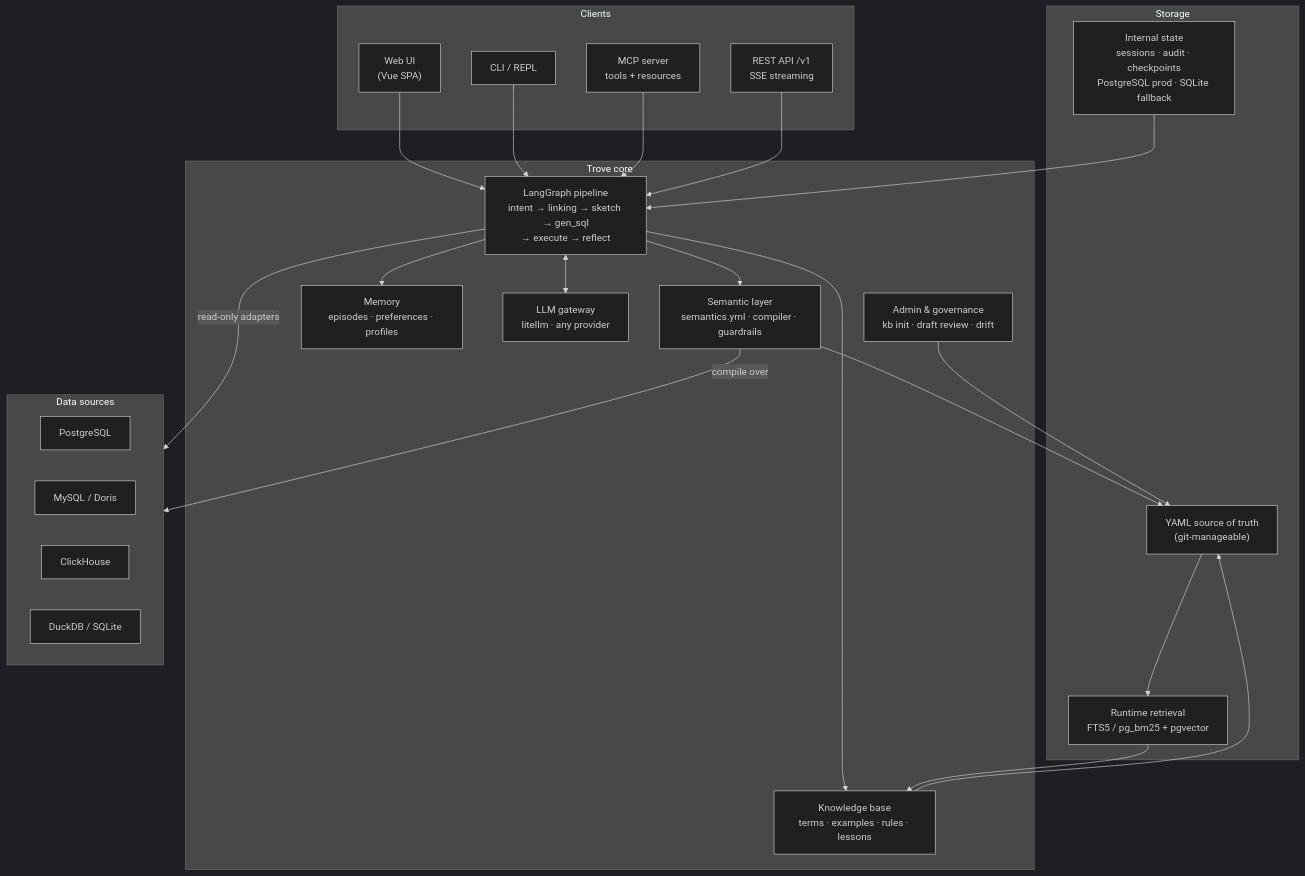
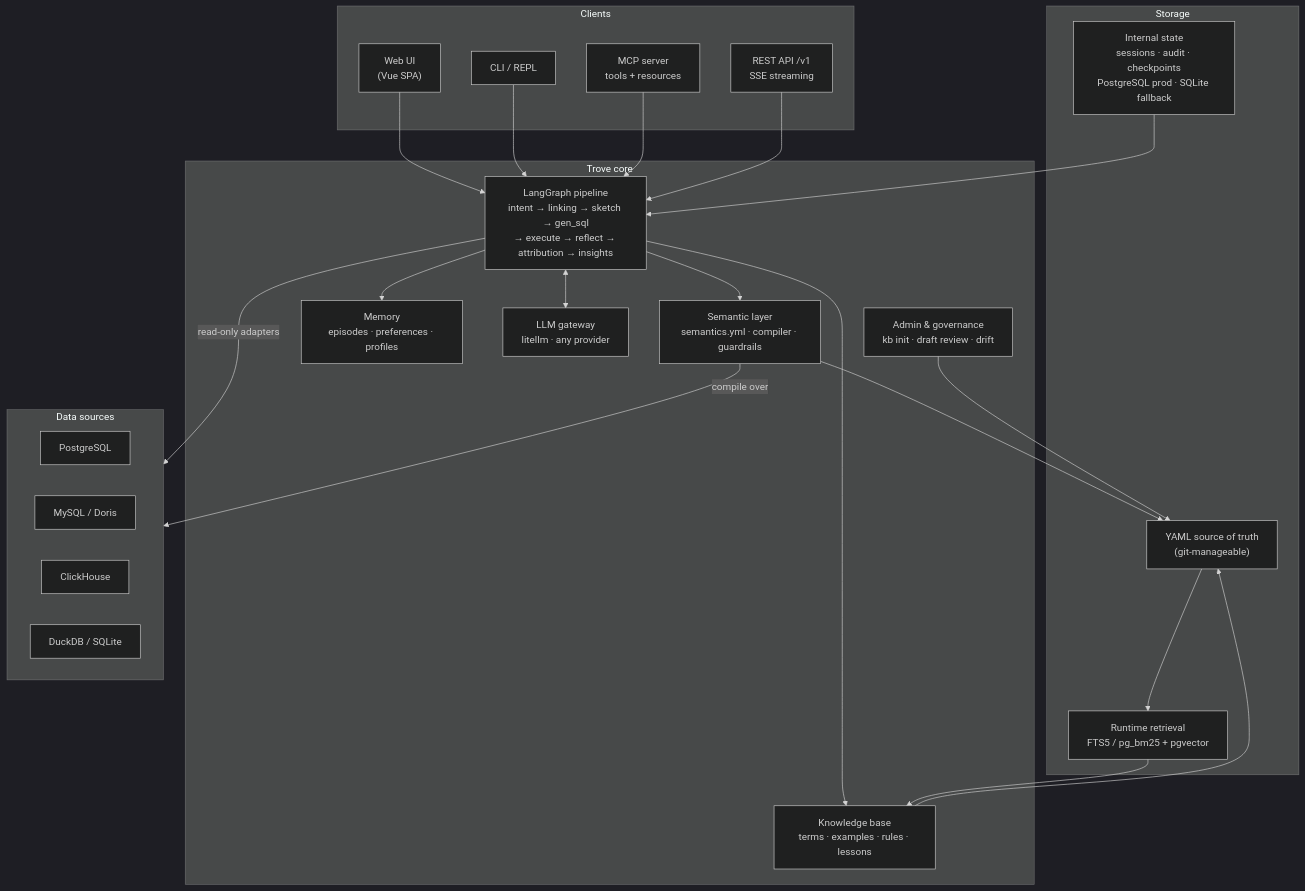
Before and after one commit to Nivane/trove: the first of 3 diagrams in README.md, drawn with Mermaid (dark theme). The commit also changed other lines of this file and 1 other file, not shown here.

````diff
--- a/README.md
+++ b/README.md
@@ -67,43 +67,43 @@
 ```mermaid
 flowchart TB
     subgraph clients["Clients"]
         UI["Web UI<br/>(Vue SPA)"]
         REPL["CLI / REPL"]
         MCP["MCP server<br/>tools + resources"]
         API["REST API /v1<br/>SSE streaming"]
     end
 
     subgraph core["Trove core"]
-        wf["LangGraph pipeline<br/>intent → linking → sketch → gen_sql<br/>→ execute → reflect"]
+        wf["LangGraph pipeline<br/>intent → linking → sketch → gen_sql<br/>→ execute → reflect → attribution → insights"]
         semantic["Semantic layer<br/>semantics.yml · compiler · guardrails"]
         kb["Knowledge base<br/>terms · examples · rules · lessons"]
         memory["Memory<br/>episodes · preferences · profiles"]
         llm["LLM gateway<br/>litellm · any provider"]
         admin["Admin & governance<br/>kb init · draft review · drift"]
     end
 
     subgraph store["Storage"]
         yaml_src["YAML source of truth<br/>(git-manageable)"]
         rt["Runtime retrieval<br/>FTS5 / pg_bm25 + pgvector"]
         state_store["Internal state<br/>sessions · audit · checkpoints<br/>PostgreSQL prod · SQLite fallback"]
     end
 
     subgraph sources["Data sources"]
         src_pg["PostgreSQL"]
         src_my["MySQL / Doris"]
         src_ch["ClickHouse"]
         src_dk["DuckDB / SQLite"]
     end
 
     UI & REPL & MCP & API --> wf
     wf <--> llm
     wf --> semantic & kb & memory
     semantic --> yaml_src
     kb --> yaml_src
     yaml_src --> rt
     rt --> kb
     wf -->|"read-only adapters"| sources
     semantic -->|"compile over"| sources
     admin --> yaml_src
     state_store --> wf
 ```
````
